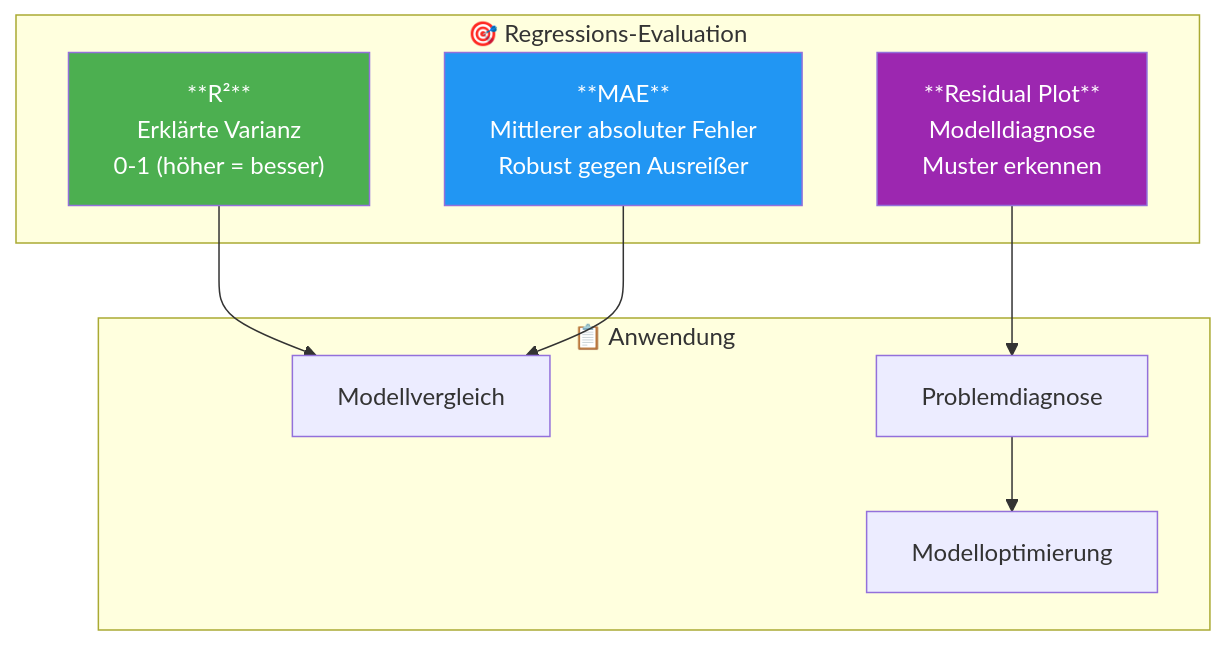
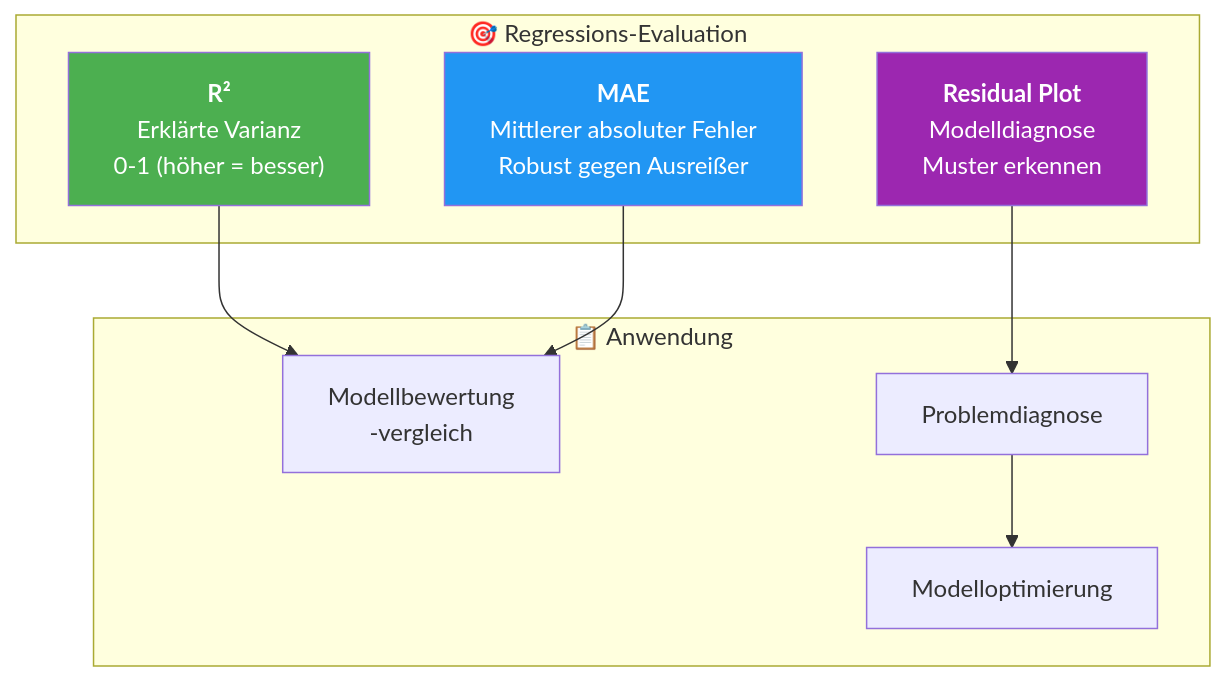
One commit to ralf-42/ML_Intro changed the seventh of 7 diagrams in docs/concepts/evaluate/bewertung_regression.md. Above: the diagram before and after it, drawn with Mermaid. The commit also changed other lines of this file and 12 other files, not shown here.

````diff
--- a/docs/concepts/evaluate/bewertung_regression.md
+++ b/docs/concepts/evaluate/bewertung_regression.md
@@ -435,23 +436,23 @@
 ```mermaid
 flowchart TD
     subgraph Evaluation["🎯 Regressions-Evaluation"]
-        R2["**R²**<br/>Erklärte Varianz<br/>0-1 (höher = besser)"]
-        MAE["**MAE**<br/>Mittlerer absoluter Fehler<br/>Robust gegen Ausreißer"]
-        RESIDUAL["**Residual Plot**<br/>Modelldiagnose<br/>Muster erkennen"]
+        R2["<b>R²</b><br/>Erklärte Varianz<br/>0-1 (höher = besser)"]
+        MAE["<b>MAE</b><br/>Mittlerer absoluter Fehler<br/>Robust gegen Ausreißer"]
+        RESIDUAL["<b>Residual Plot</b><br/>Modelldiagnose<br/>Muster erkennen"]
     end
     
     subgraph Anwendung["📋 Anwendung"]
-        VERGLEICH["Modellvergleich"]
+        VERGLEICH["Modellbewertung<br>-vergleich"]
         DIAGNOSE["Problemdiagnose"]
         OPTIMIERUNG["Modelloptimierung"]
     end
     
     R2 --> VERGLEICH
     MAE --> VERGLEICH
     RESIDUAL --> DIAGNOSE
     DIAGNOSE --> OPTIMIERUNG
     
     style R2 fill:#4CAF50,color:#fff
     style MAE fill:#2196F3,color:#fff
     style RESIDUAL fill:#9C27B0,color:#fff
 ```
````
